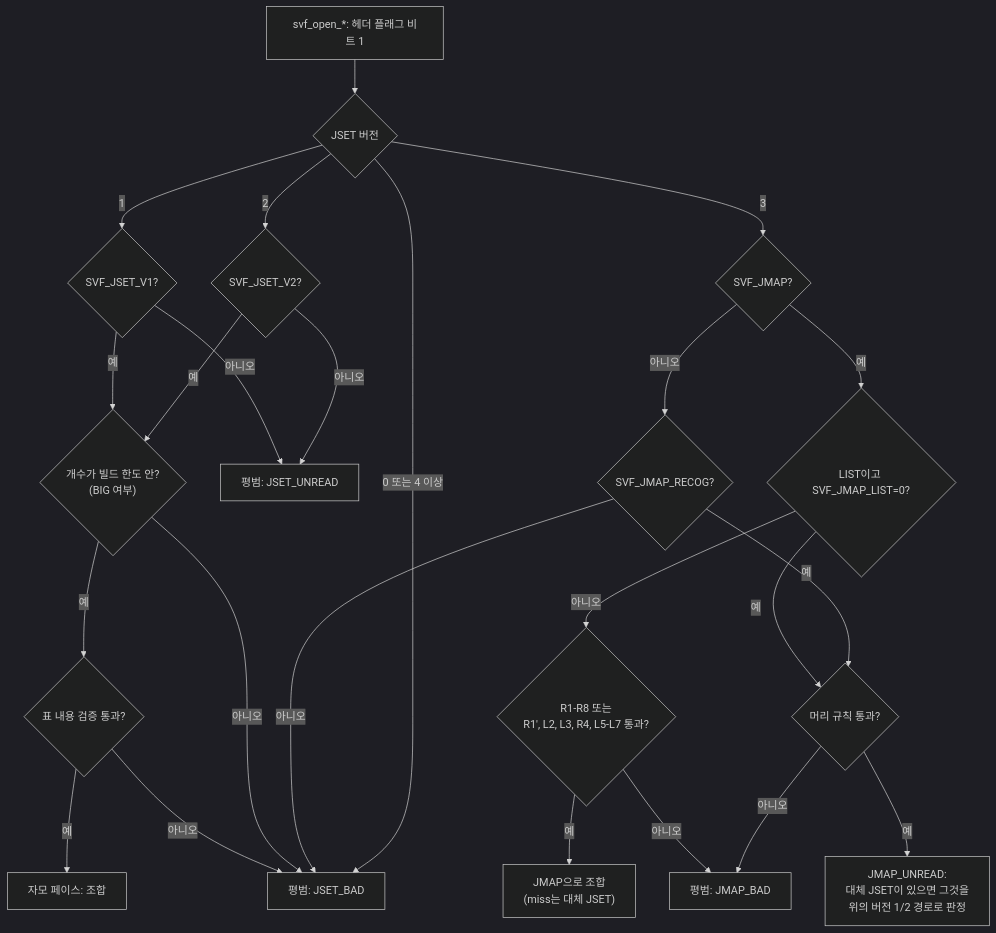
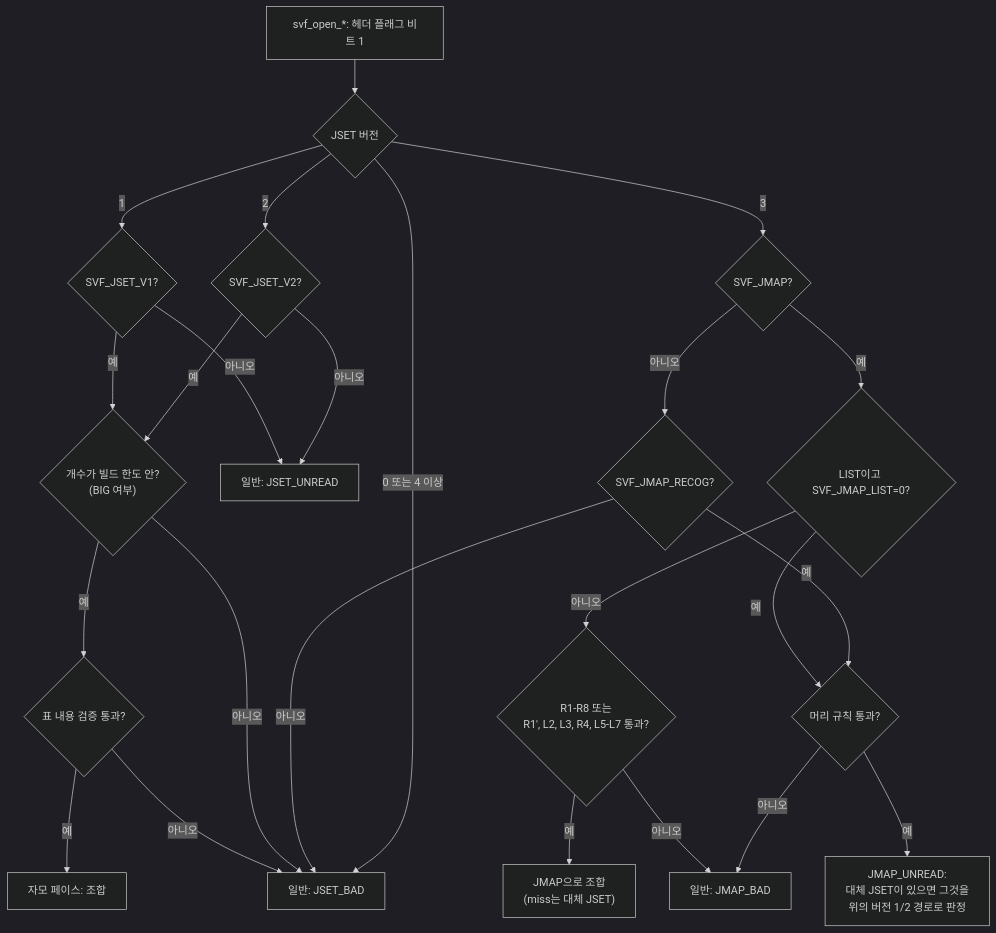
Diagram 24 of 27 in docs/jamo-sets.ko.md (TaehyunKimLL/svf-fonts-open), drawn with Mermaid (dark theme) before and after one commit. The commit also changed other lines of this file and 3 other files, not shown here.

````diff
--- a/docs/jamo-sets.ko.md
+++ b/docs/jamo-sets.ko.md
@@ -1074,26 +1078,26 @@
 ```mermaid
 flowchart TD
   O["svf_open_*: 헤더 플래그 비트 1"] --> V{"JSET 버전"}
   V -->|1| A{"SVF_JSET_V1?"}
   A -->|예| A2{"개수가 빌드 한도 안?<br/>(BIG 여부)"}
   A2 -->|예| A3{"표 내용 검증 통과?"}
   A3 -->|예| OK["자모 페이스: 조합"]
   A3 -->|아니오| BAD
-  A2 -->|아니오| BAD["평범: JSET_BAD"]
-  A -->|아니오| UN["평범: JSET_UNREAD"]
+  A2 -->|아니오| BAD["일반: JSET_BAD"]
+  A -->|아니오| UN["일반: JSET_UNREAD"]
   V -->|2| B{"SVF_JSET_V2?"}
   B -->|예| A2
   B -->|아니오| UN
   V -->|3| C{"SVF_JMAP?"}
   C -->|예| C2{"LIST이고 SVF_JMAP_LIST=0?"}
   C2 -->|아니오| C3{"R1-R8 또는<br/>R1', L2, L3, R4, L5-L7 통과?"}
   C3 -->|예| OK2["JMAP으로 조합<br/>(miss는 대체 JSET)"]
-  C3 -->|아니오| JB["평범: JMAP_BAD"]
+  C3 -->|아니오| JB["일반: JMAP_BAD"]
   C2 -->|예| H{"머리 규칙 통과?"}
   C -->|아니오| D{"SVF_JMAP_RECOG?"}
   D -->|예| H
   D -->|아니오| BAD
   H -->|예| UNR["JMAP_UNREAD:<br/>대체 JSET이 있으면 그것을<br/>위의 버전 1/2 경로로 판정"]
   H -->|아니오| JB
   V -->|0 또는 4 이상| BAD
 ```
````
